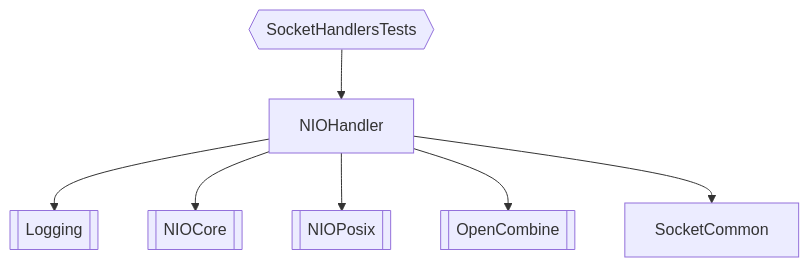
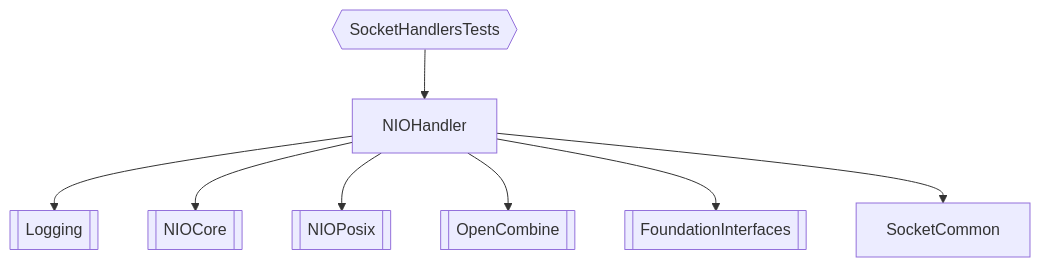
The first of 2 diagrams in readme.md (kopecn/spmSocketHandlers), drawn with Mermaid before and after one commit. The commit also changed other lines of this file and 2 other files, not shown here.

````diff
--- a/readme.md
+++ b/readme.md
@@ -24,10 +24,11 @@
 ```mermaid
 flowchart TD
     NIOHandler-->Logging[[Logging]]
     NIOHandler-->NIOCore[[NIOCore]]
     NIOHandler-->NIOPosix[[NIOPosix]]
     NIOHandler-->OpenCombine[[OpenCombine]]
+    NIOHandler-->FoundationInterfaces[[FoundationInterfaces]]
     NIOHandler-->SocketCommon
     SocketCommon
     SocketHandlersTests{{SocketHandlersTests}}-->NIOHandler
 ```
````
